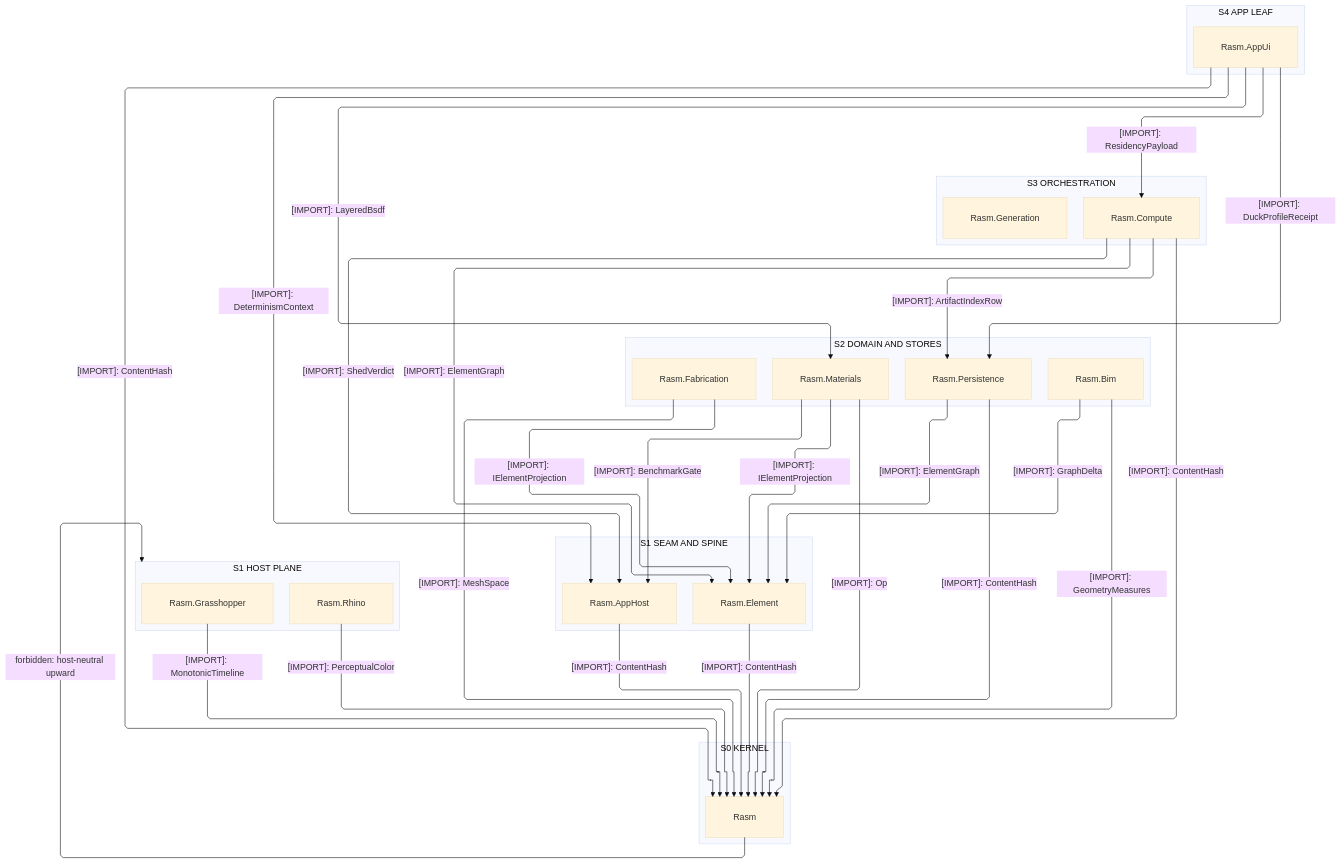
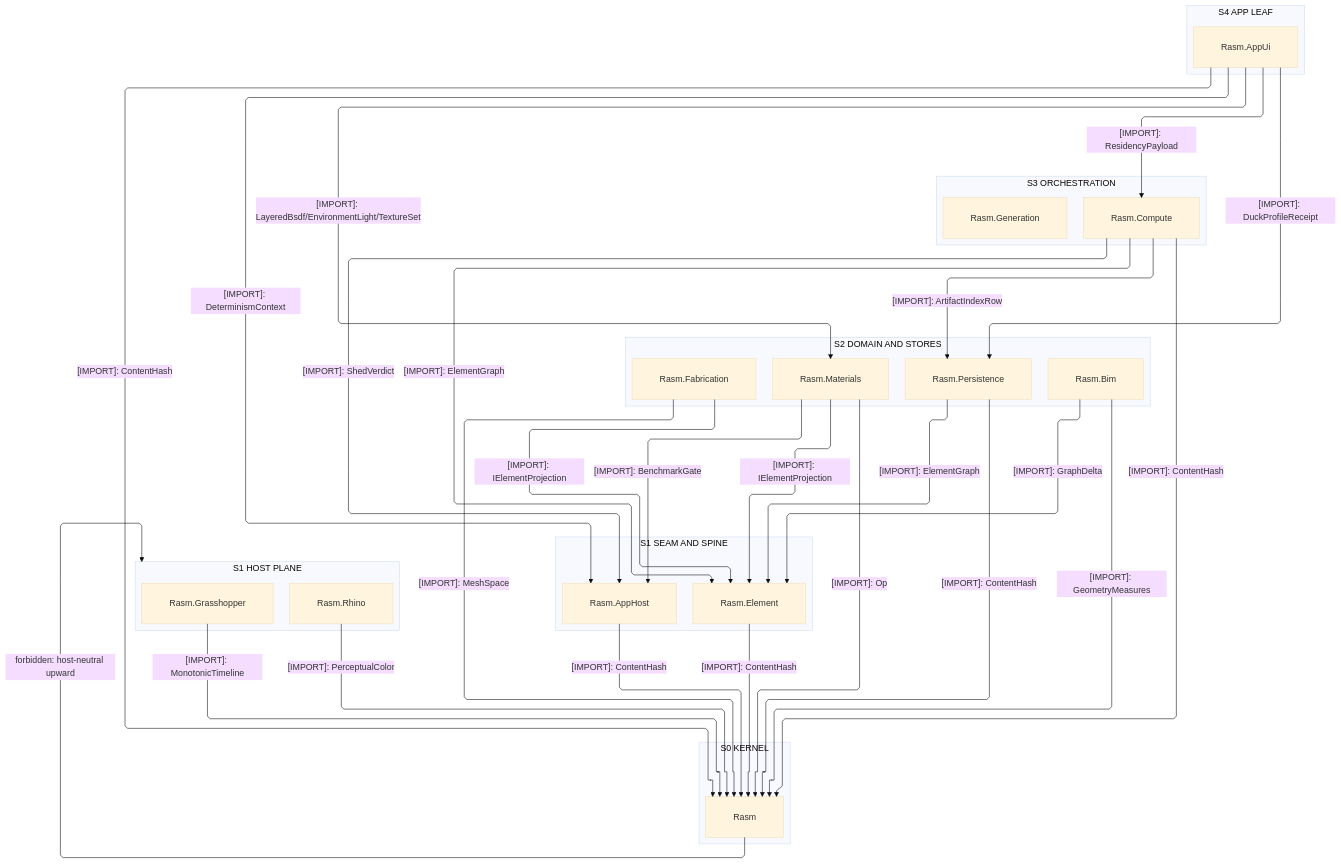
One commit to bsamiee/Rasm changed the first of 5 diagrams in libs/csharp/.planning/ARCHITECTURE.md. Above: the diagram before and after it, drawn with Mermaid (base theme). The commit also changed 236 other files, not shown here.

````diff
--- a/libs/csharp/.planning/ARCHITECTURE.md
+++ b/libs/csharp/.planning/ARCHITECTURE.md
@@ -46,59 +46,59 @@
 ```mermaid
 ---
 config:
   layout: elk
   flowchart:
     curve: linear
     padding: 25
 ---
 flowchart TB
     accTitle: C# branch package reference strata
     accDescr: Five host-neutral ranks from the app-platform leaf down to the kernel beside a plane-distinct host boundary at the seam rank — every reference edge downward and solid, labeled edges naming one sourced type, no edge inside any rank, one forbidden host-neutral upward edge, and the target package seated edgeless until its first design page freezes the types it sources.
     subgraph S4["S4 APP LEAF"]
         AppUi[Rasm.AppUi]
     end
     subgraph S3["S3 ORCHESTRATION"]
         Compute[Rasm.Compute]
         Generation[Rasm.Generation]
     end
     subgraph S2["S2 DOMAIN AND STORES"]
         Bim[Rasm.Bim]
         Materials[Rasm.Materials]
         Fabrication[Rasm.Fabrication]
         Persistence[Rasm.Persistence]
     end
     subgraph S1["S1 SEAM AND SPINE"]
         Element[Rasm.Element]
         AppHost[Rasm.AppHost]
     end
     subgraph HOST["S1 HOST PLANE"]
         Rhino[Rasm.Rhino]
         Grasshopper[Rasm.Grasshopper]
     end
     subgraph S0["S0 KERNEL"]
         Rasm[Rasm]
     end
     Rhino -->|"[IMPORT]: PerceptualColor"| Rasm
     Grasshopper -->|"[IMPORT]: MonotonicTimeline"| Rasm
     Element -->|"[IMPORT]: ContentHash"| Rasm
     AppHost -->|"[IMPORT]: ContentHash"| Rasm
     Persistence -->|"[IMPORT]: ElementGraph"| Element
     Persistence -->|"[IMPORT]: ContentHash"| Rasm
     Materials -->|"[IMPORT]: IElementProjection"| Element
     Materials -->|"[IMPORT]: Op"| Rasm
     Materials -->|"[IMPORT]: BenchmarkGate"| AppHost
     Bim -->|"[IMPORT]: GraphDelta"| Element
     Bim -->|"[IMPORT]: GeometryMeasures"| Rasm
     Fabrication -->|"[IMPORT]: IElementProjection"| Element
     Fabrication -->|"[IMPORT]: MeshSpace"| Rasm
     Compute -->|"[IMPORT]: ElementGraph"| Element
     Compute -->|"[IMPORT]: ContentHash"| Rasm
     Compute -->|"[IMPORT]: ShedVerdict"| AppHost
     Compute -->|"[IMPORT]: ArtifactIndexRow"| Persistence
     AppUi -->|"[IMPORT]: ContentHash"| Rasm
     AppUi -->|"[IMPORT]: DeterminismContext"| AppHost
     AppUi -->|"[IMPORT]: ResidencyPayload"| Compute
-    AppUi -->|"[IMPORT]: LayeredBsdf"| Materials
+    AppUi -->|"[IMPORT]: LayeredBsdf/EnvironmentLight/TextureSet"| Materials
     AppUi -->|"[IMPORT]: DuckProfileReceipt"| Persistence
     Rasm -->|"forbidden: host-neutral upward"| HOST
 ```
````
